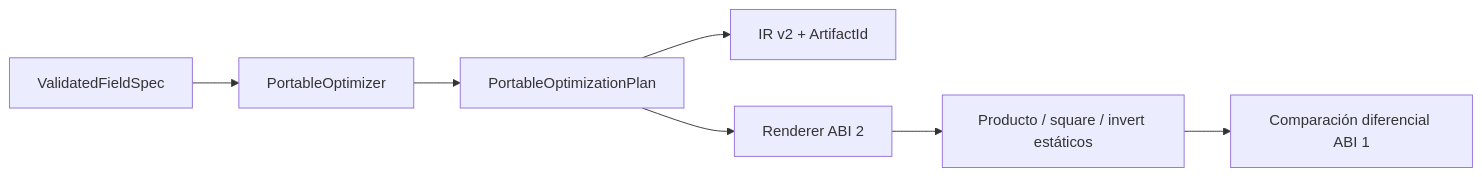
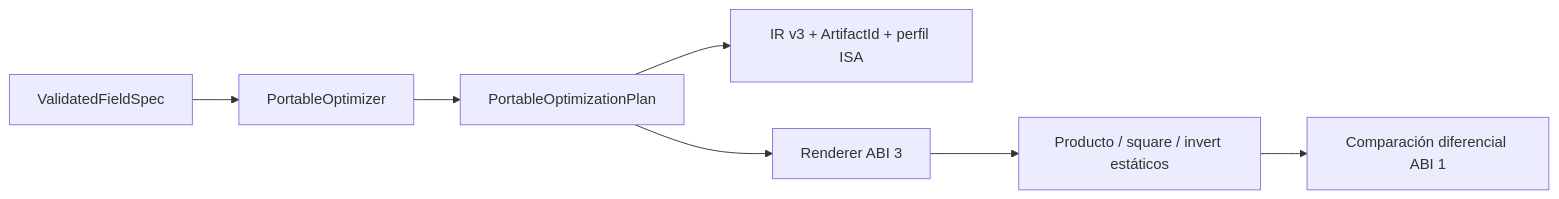
The fourth of 4 diagrams in docs/microfield/architecture.md (alfredoVallejoM/homomorphic-hash-rs), drawn with Mermaid before and after one commit. The commit also changed other lines of this file and 75 other files, not shown here.

````diff
--- a/docs/microfield/architecture.md
+++ b/docs/microfield/architecture.md
@@ -131,9 +157,9 @@
 ```mermaid
 flowchart LR
     Validated[ValidatedFieldSpec] --> Selector[PortableOptimizer]
     Selector --> Plan[PortableOptimizationPlan]
-    Plan --> Artifact[IR v2 + ArtifactId]
-    Plan --> Renderer[Renderer ABI 2]
+    Plan --> Artifact[IR v3 + ArtifactId + perfil ISA]
+    Plan --> Renderer[Renderer ABI 3]
     Renderer --> Scalar[Producto / square / invert estáticos]
     Scalar --> Oracle[Comparación diferencial ABI 1]
 ```
````
